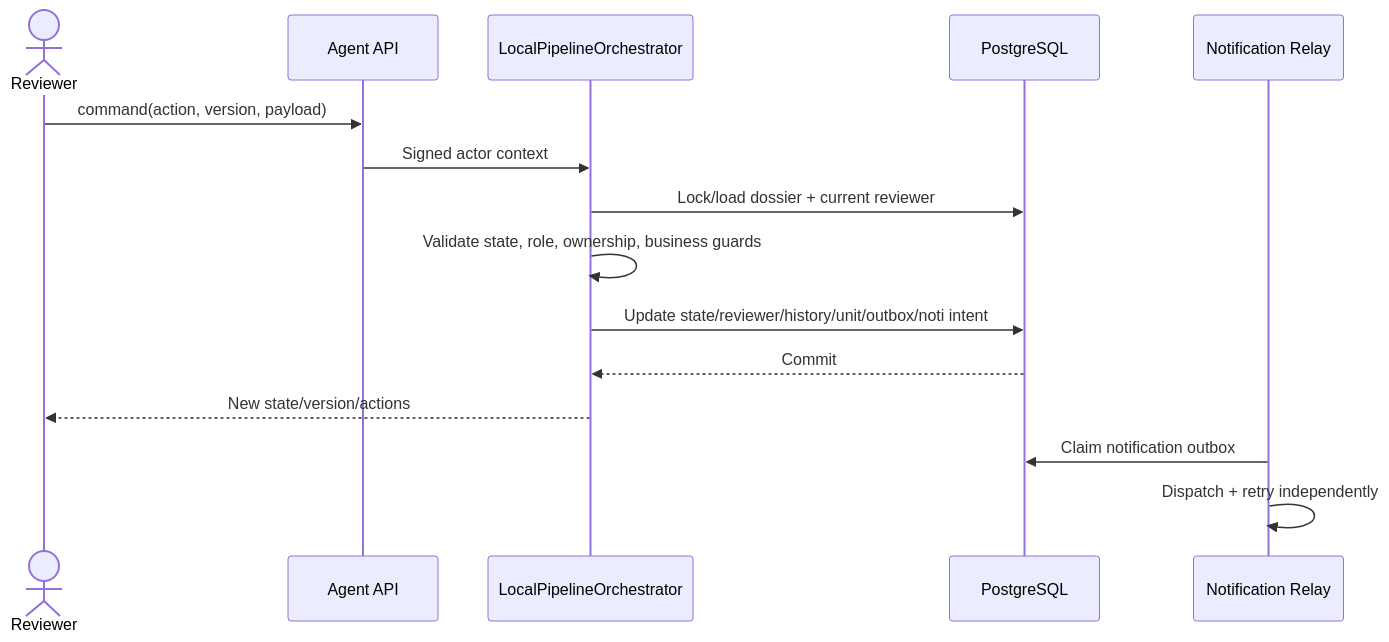
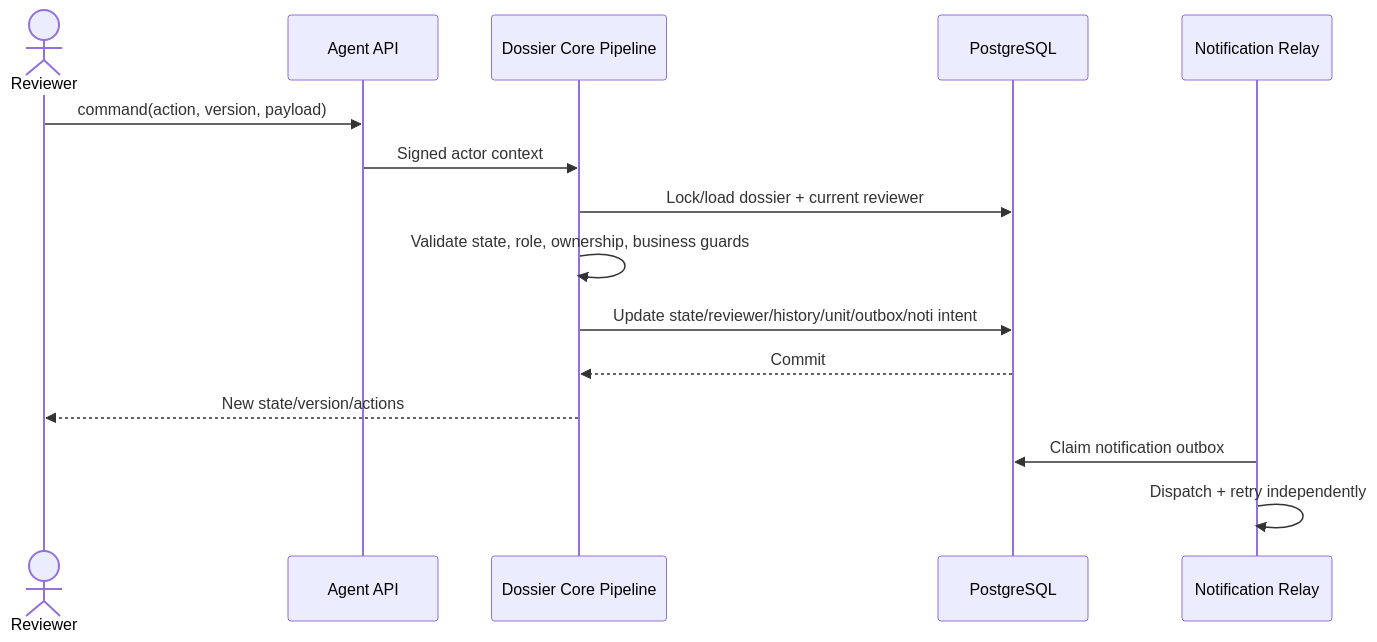
The sixth of 7 diagrams in tdd-dossier.md (huynv-xyz/vhm), drawn with Mermaid before and after one commit. The commit also changed other lines of this file, not shown here.

````diff
--- a/tdd-dossier.md
+++ b/tdd-dossier.md
@@ -569,18 +578,18 @@
 ```mermaid
 sequenceDiagram
     actor R as Reviewer
     participant A as Agent API
-    participant C as LocalPipelineOrchestrator
+    participant C as Dossier Core Pipeline
     participant D as PostgreSQL
     participant N as Notification Relay
 
     R->>A: command(action, version, payload)
     A->>C: Signed actor context
     C->>D: Lock/load dossier + current reviewer
     C->>C: Validate state, role, ownership, business guards
     C->>D: Update state/reviewer/history/unit/outbox/noti intent
     D-->>C: Commit
     C-->>R: New state/version/actions
     N->>D: Claim notification outbox
     N->>N: Dispatch + retry independently
 ```
````
